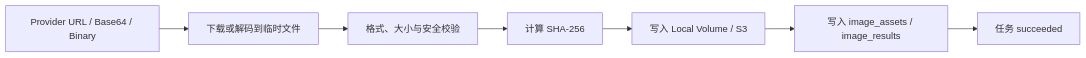
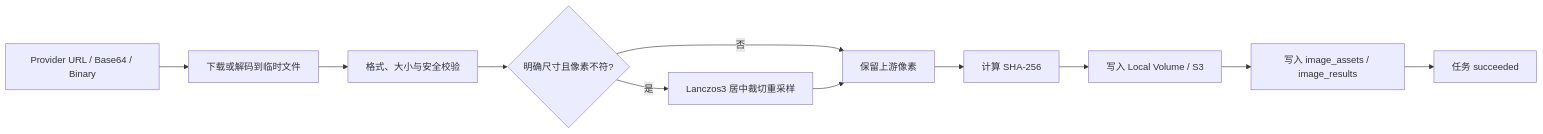
Before and after one commit to KodeChicken/ai-image-studio: the third of 6 diagrams in docs/AI_Image_Studio_工程方案设计文档_V4.2.md, drawn with Mermaid. The commit also changed other lines of this file and 6 other files, not shown here.

````diff
--- a/docs/AI_Image_Studio_工程方案设计文档_V4.2.md
+++ b/docs/AI_Image_Studio_工程方案设计文档_V4.2.md
@@ -507,9 +511,13 @@
 ```mermaid
 flowchart LR
     P[Provider URL / Base64 / Binary] --> F[下载或解码到临时文件]
     F --> V[格式、大小与安全校验]
-    V --> H[计算 SHA-256]
-    H --> S[写入 Local Volume / S3]
+    V --> R{明确尺寸且像素不符?}
+    R -->|是| X[Lanczos3 居中裁切重采样]
+    R -->|否| H[保留上游像素]
+    X --> H
+    H --> C[计算 SHA-256]
+    C --> S[写入 Local Volume / S3]
     S --> M[写入 image_assets / image_results]
     M --> OK[任务 succeeded]
 ```
````
